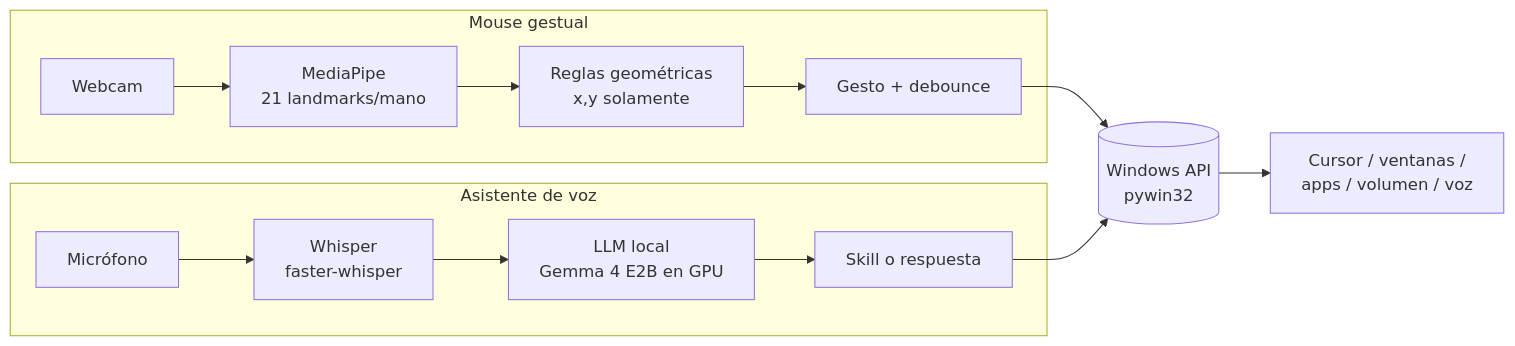
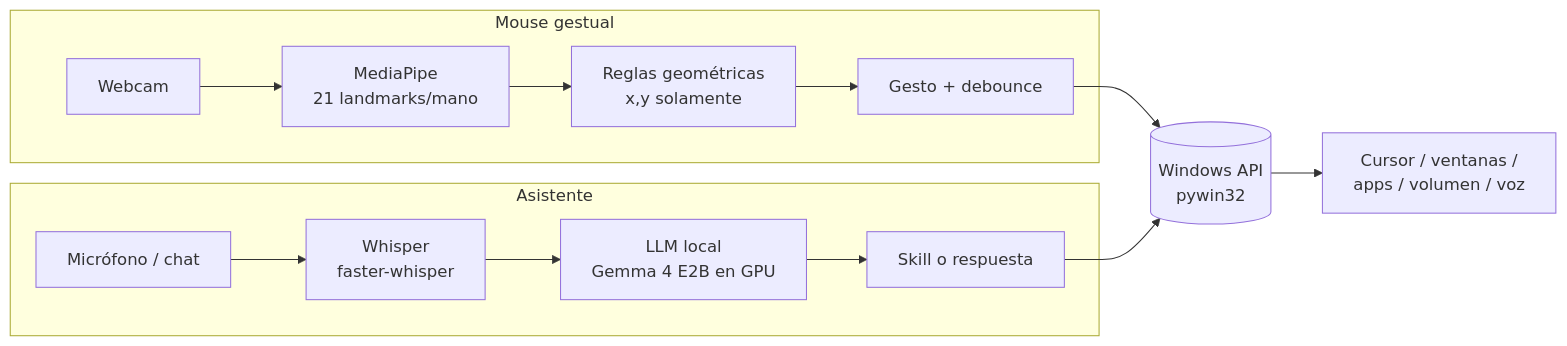
The first of 3 diagrams in README.md (jjvelezo/viernes), drawn with Mermaid before and after one commit. The commit also changed other lines of this file and 37 other files, not shown here.

Commit message:
Se reorganiza el proyecto en dos partes (asistente y mouse gestual) + renovación la ventana de chat + se ordenan las skills + se agrega documentación y herramientas de desarrollo

````diff
--- a/README.md
+++ b/README.md
@@ -53,16 +44,16 @@
 ```mermaid
 flowchart LR
     subgraph Mouse gestual
         A[Webcam] --> B[MediaPipe<br/>21 landmarks/mano]
         B --> C[Reglas geométricas<br/>x,y solamente]
         C --> D[Gesto + debounce]
     end
-    subgraph Asistente de voz
-        E[Micrófono] --> F[Whisper<br/>faster-whisper]
+    subgraph Asistente
+        E[Micrófono / chat] --> F[Whisper<br/>faster-whisper]
         F --> G[LLM local<br/>Gemma 4 E2B en GPU]
         G --> H[Skill o respuesta]
     end
     D --> W[(Windows API<br/>pywin32)]
     H --> W
     W --> R[Cursor / ventanas /<br/>apps / volumen / voz]
 ```
````
